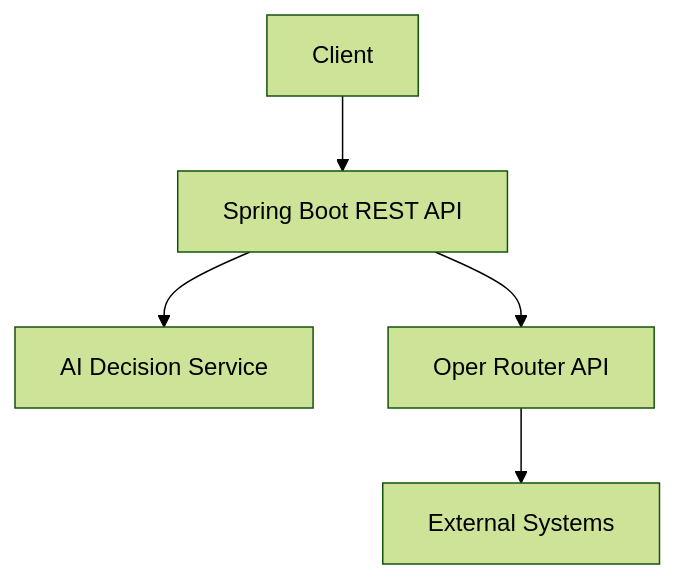
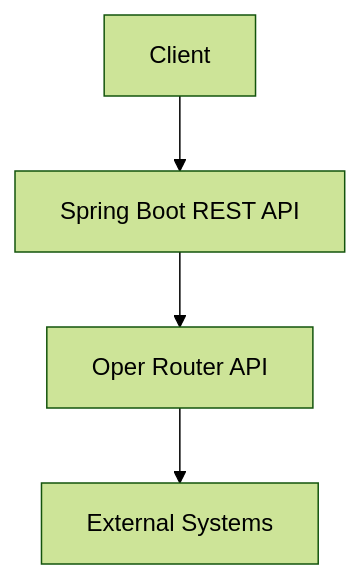
One commit to deepak-sekarbabu/spring-ai-open-router changed the diagram in README.md. Above: the diagram before and after it, drawn with Mermaid (forest theme).

````diff
--- a/README.md
+++ b/README.md
@@ -67,7 +67,6 @@
 ```mermaid
 graph TD;
   Client-->REST_API[Spring Boot REST API];
-  REST_API-->AI_Service[AI Decision Service];
   REST_API-->Oper_Router[Oper Router API]; 
   Oper_Router-->External_Systems[External Systems];
 ```
````
